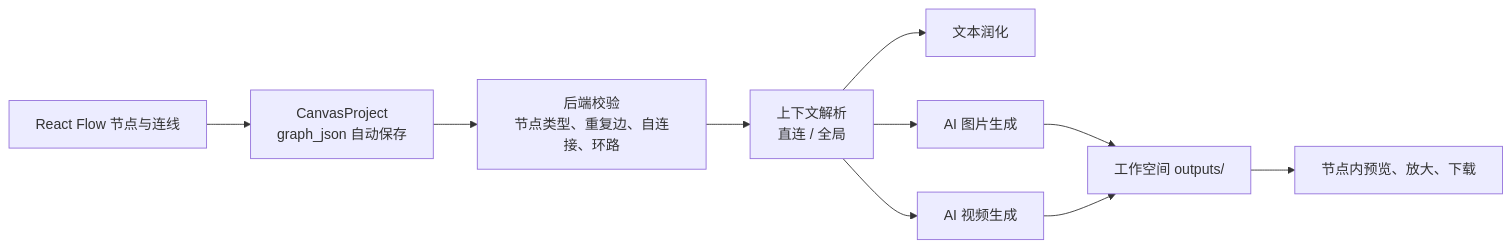
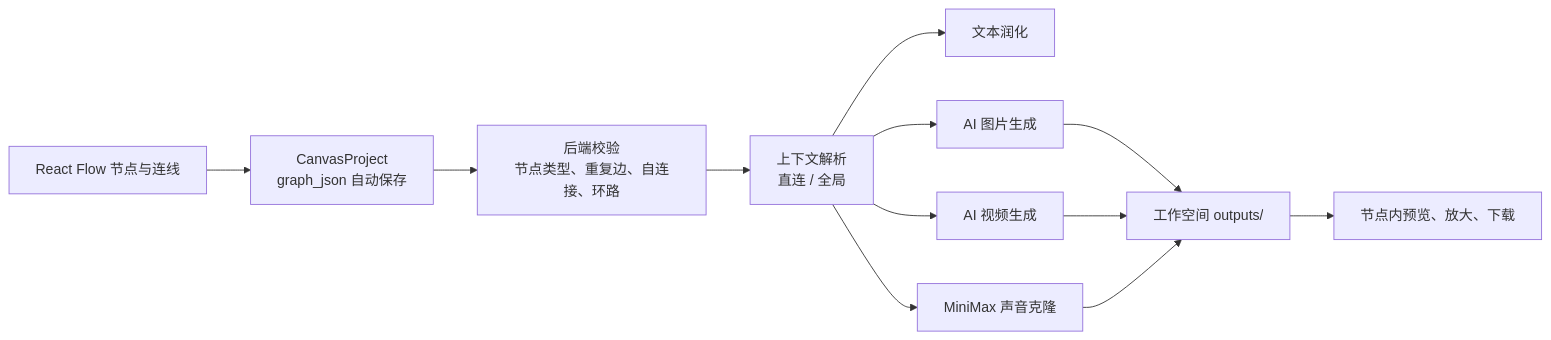
Before and after one commit to AbelZJP/mini-workbuddy: the second of 2 diagrams in README.md, drawn with Mermaid. The commit also changed other lines of this file and 1 other file, not shown here.

````diff
--- a/README.md
+++ b/README.md
@@ -52,12 +52,14 @@
 ```mermaid
 flowchart LR
     N["React Flow 节点与连线"] --> S["CanvasProject\ngraph_json 自动保存"]
     S --> V["后端校验\n节点类型、重复边、自连接、环路"]
     V --> C["上下文解析\n直连 / 全局"]
     C --> T["文本润化"]
     C --> I["AI 图片生成"]
     C --> W["AI 视频生成"]
+    C --> A["MiniMax 声音克隆"]
     I --> O["工作空间 outputs/"]
     W --> O
+    A --> O
     O --> P["节点内预览、放大、下载"]
 ```
````
